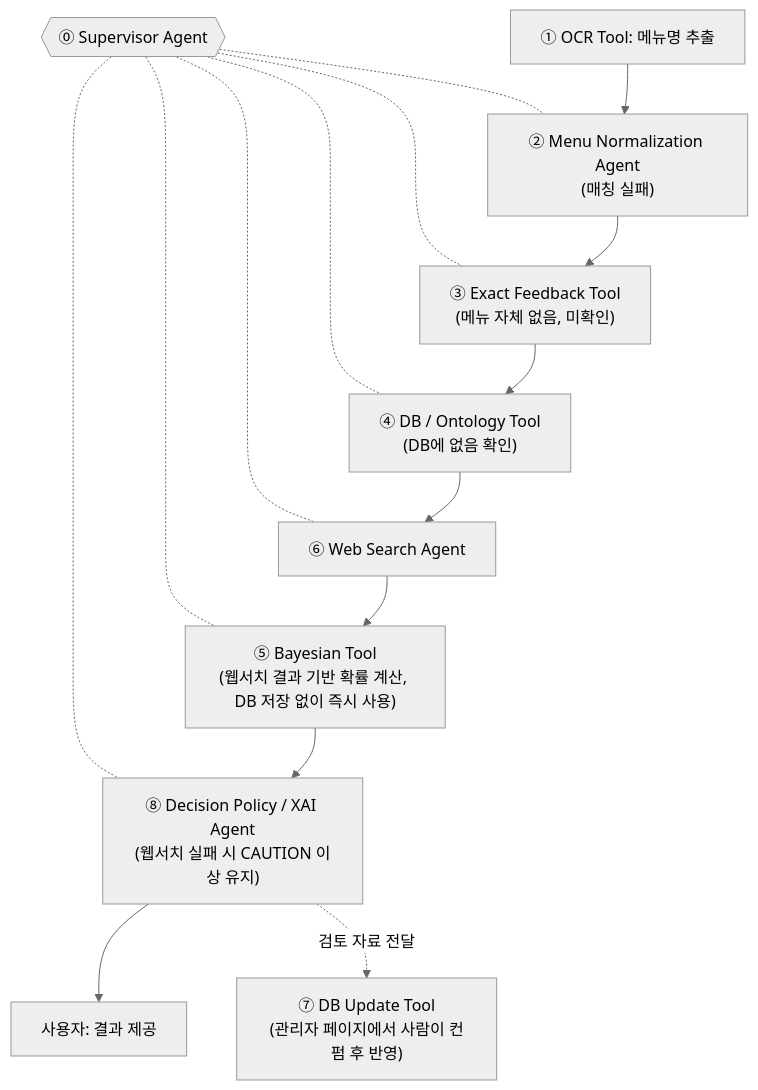
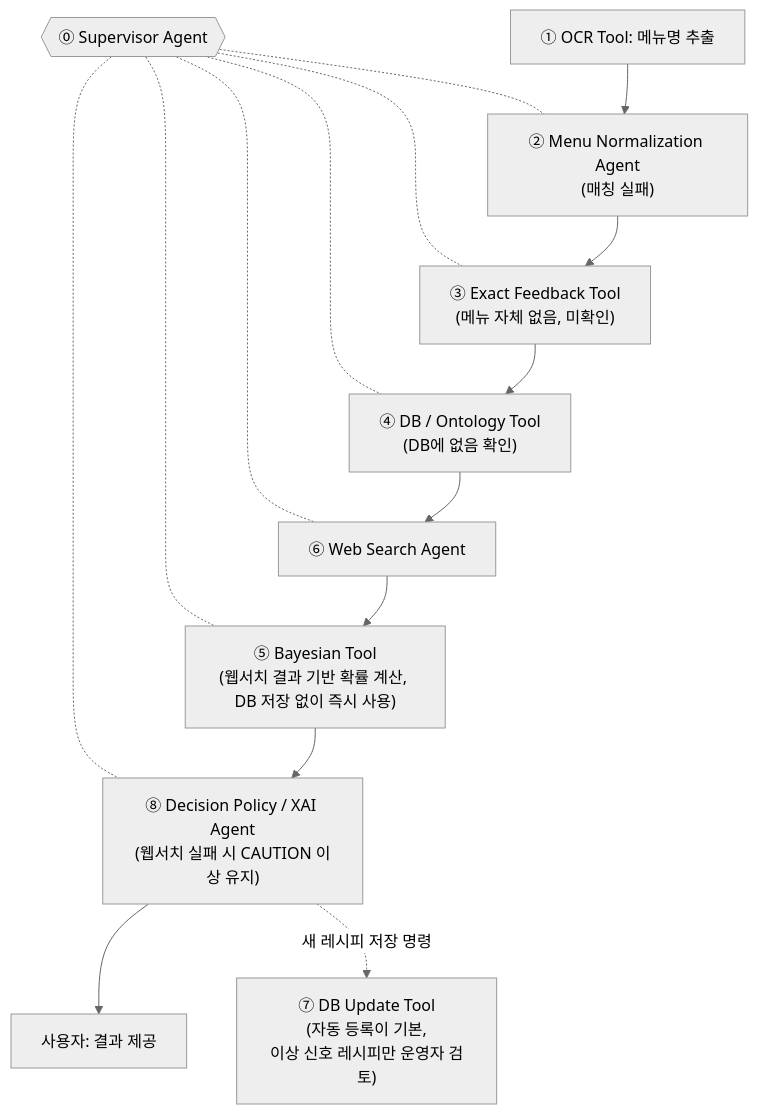
The fifth of 7 diagrams in docs/caution-multi-agent-architecture.md (Han-Spoon/ai), drawn with Mermaid (neutral theme) before and after one commit. The commit also changed other lines of this file, not shown here.

Commit message:
[DOCS] 아키텍처의 확정·웹 레시피 흐름 정리 (#328, #340)

````diff
--- a/docs/caution-multi-agent-architecture.md
+++ b/docs/caution-multi-agent-architecture.md
@@ -109,19 +109,19 @@
 ```mermaid
 flowchart TB
     SUP{{⓪ Supervisor Agent}}
     SUP -.- B
     SUP -.- C
     SUP -.- D
     SUP -.- W
     SUP -.- E
     SUP -.- F
 
     A[① OCR Tool: 메뉴명 추출] --> B["② Menu Normalization Agent\n(매칭 실패)"]
     B --> C["③ Exact Feedback Tool\n(메뉴 자체 없음, 미확인)"]
     C --> D["④ DB / Ontology Tool\n(DB에 없음 확인)"]
     D --> W[⑥ Web Search Agent]
     W --> E["⑤ Bayesian Tool\n(웹서치 결과 기반 확률 계산, DB 저장 없이 즉시 사용)"]
     E --> F["⑧ Decision Policy / XAI Agent\n(웹서치 실패 시 CAUTION 이상 유지)"]
     F --> G[사용자: 결과 제공]
-    F -.검토 자료 전달.-> ADMIN["⑦ DB Update Tool\n(관리자 페이지에서 사람이 컨펌 후 반영)"]
+    F -.새 레시피 저장 명령.-> ADMIN["⑦ DB Update Tool\n(자동 등록이 기본,\n이상 신호 레시피만 운영자 검토)"]
 ```
````
